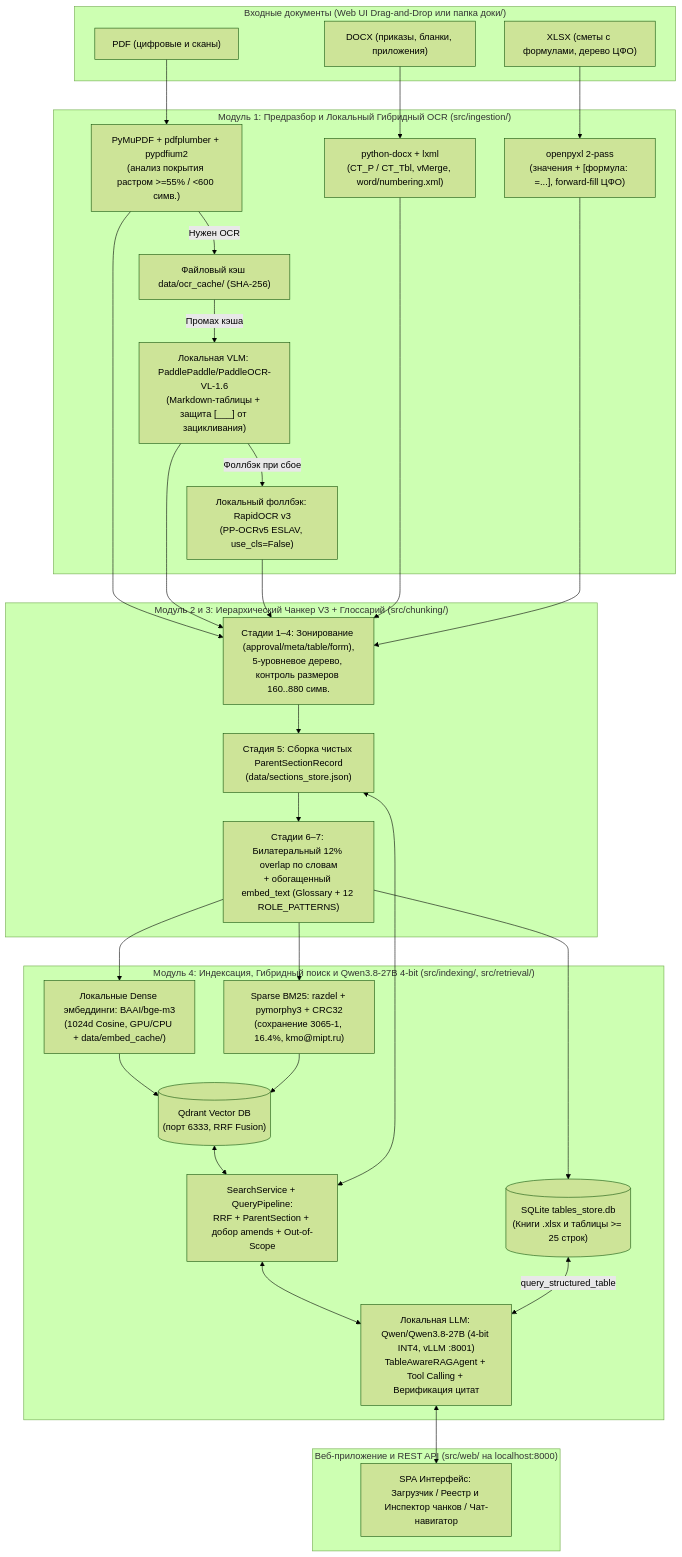
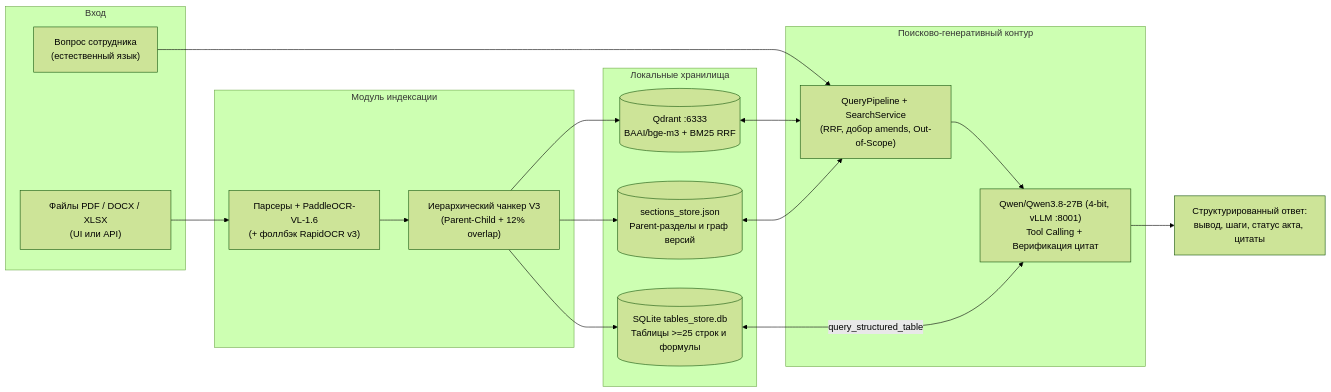
One commit to aren209/INBICST_hack80 changed the diagram in README.md. Above: the diagram before and after it, drawn with Mermaid (forest theme). The commit also changed other lines of this file and 94 other files, not shown here.

````diff
--- a/README.md
+++ b/README.md
@@ -47,62 +23,34 @@
 ```mermaid
-flowchart TD
-    subgraph Input["Входные документы (Web UI Drag-and-Drop или папка доки/)"]
-        PDF["PDF (цифровые и сканы)"]
-        DOCX["DOCX (приказы, бланки, приложения)"]
-        XLSX["XLSX (сметы с формулами, дерево ЦФО)"]
+flowchart LR
+    subgraph Input["Вход"]
+        DOCS["Файлы PDF / DOCX / XLSX\n(UI или API)"]
+        Q["Вопрос сотрудника\n(естественный язык)"]
     end
 
-    subgraph Mod1["Модуль 1: Предразбор и Локальный Гибридный OCR (src/ingestion/)"]
-        P_PDF["PyMuPDF + pdfplumber + pypdfium2\n(анализ покрытия растром >=55% / <600 симв.)"]
-        OCR_CACHE["Файловый кэш data/ocr_cache/ (SHA-256)"]
-        VLM["Локальная VLM: PaddlePaddle/PaddleOCR-VL-1.6\n(Markdown-таблицы + защита [___] от зацикливания)"]
-        RAPID["Локальный фоллбэк: RapidOCR v3\n(PP-OCRv5 ESLAV, use_cls=False)"]
-        P_DOCX["python-docx + lxml\n(CT_P / CT_Tbl, vMerge, word/numbering.xml)"]
-        P_XLSX["openpyxl 2-pass\n(значения + [формула: =...], forward-fill ЦФО)"]
+    subgraph Ingest["Модуль индексации"]
+        PARSE["Парсеры + PaddleOCR-VL-1.6\n(+ фоллбэк RapidOCR v3)"]
+        CHUNK["Иерархический чанкер V3\n(Parent-Child + 12% overlap)"]
     end
 
-    subgraph Mod2["Модуль 2 и 3: Иерархический Чанкер V3 + Глоссарий (src/chunking/)"]
-        STAGE1_4["Стадии 1–4: Зонирование (approval/meta/table/form),\n5-уровневое дерево, контроль размеров 160..880 симв."]
-        STAGE5["Стадия 5: Сборка чистых ParentSectionRecord\n(data/sections_store.json)"]
-        STAGE6_7["Стадии 6–7: Билатеральный 12% overlap по словам\n+ обогащенный embed_text (Glossary + 12 ROLE_PATTERNS)"]
+    subgraph Storage["Локальные хранилища"]
+        QDRANT[("Qdrant :6333\nBAAI/bge-m3 + BM25 RRF")]
+        SQLITE[("SQLite tables_store.db\nТаблицы >=25 строк и формулы")]
+        PARENTS[("sections_store.json\nParent-разделы и граф версий")]
     end
 
-    subgraph Mod4["Модуль 4: Индексация, Гибридный поиск и Qwen3.8-27B 4-bit (src/indexing/, src/retrieval/)"]
-        DENSE["Локальные Dense эмбеддинги: BAAI/bge-m3\n(1024d Cosine, GPU/CPU + data/embed_cache/)"]
-        SPARSE["Sparse BM25: razdel + pymorphy3 + CRC32\n(сохранение 3065-1, 16.4%, kmo@mipt.ru)"]
-        QDRANT[("Qdrant Vector DB\n(порт 6333, RRF Fusion)")]
-        SQLITE_DB[("SQLite tables_store.db\n(Книги .xlsx и таблицы >= 25 строк)")]
-        SEARCH["SearchService + QueryPipeline:\nRRF + ParentSection + добор amends + Out-of-Scope"]
-        LLM["Локальная LLM: Qwen/Qwen3.8-27B (4-bit INT4, vLLM :8001)\nTableAwareRAGAgent + Tool Calling + Верификация цитат"]
+    subgraph Agent["Поисково-генеративный контур"]
+        PIPE["QueryPipeline + SearchService\n(RRF, добор amends, Out-of-Scope)"]
+        LLM["Qwen/Qwen3.8-27B (4-bit, vLLM :8001)\nTool Calling + Верификация цитат"]
     end
 
-    subgraph Web["Веб-приложение и REST API (src/web/ на localhost:8000)"]
-        UI["SPA Интерфейс: Загрузчик / Реестр и Инспектор чанков / Чат-навигатор"]
-    end
-
-    PDF --> P_PDF
-    P_PDF -->|Нужен OCR| OCR_CACHE
-    OCR_CACHE -->|Промах кэша| VLM
-    VLM -->|Фоллбэк при сбое| RAPID
-    DOCX --> P_DOCX
-    XLSX --> P_XLSX
-
-    P_PDF --> STAGE1_4
-    VLM --> STAGE1_4
-    RAPID --> STAGE1_4
-    P_DOCX --> STAGE1_4
-    P_XLSX --> STAGE1_4
-
-    STAGE1_4 --> STAGE5
-    STAGE5 --> STAGE6_7
-    STAGE6_7 --> DENSE
-    STAGE6_7 --> SPARSE
-    STAGE6_7 --> SQLITE_DB
-    DENSE --> QDRANT
-    SPARSE --> QDRANT
-    QDRANT <--> SEARCH
-    STAGE5 <--> SEARCH
-    SEARCH <--> LLM
-    SQLITE_DB <-->|query_structured_table| LLM
-    LLM <--> UI
+    DOCS --> PARSE --> CHUNK
+    CHUNK --> QDRANT
+    CHUNK --> SQLITE
+    CHUNK --> PARENTS
+    Q --> PIPE
+    QDRANT <--> PIPE
+    PARENTS <--> PIPE
+    PIPE --> LLM
+    SQLITE <-->|query_structured_table| LLM
+    LLM --> OUT["Структурированный ответ:\nвывод, шаги, статус акта, цитаты"]
 ```
````
